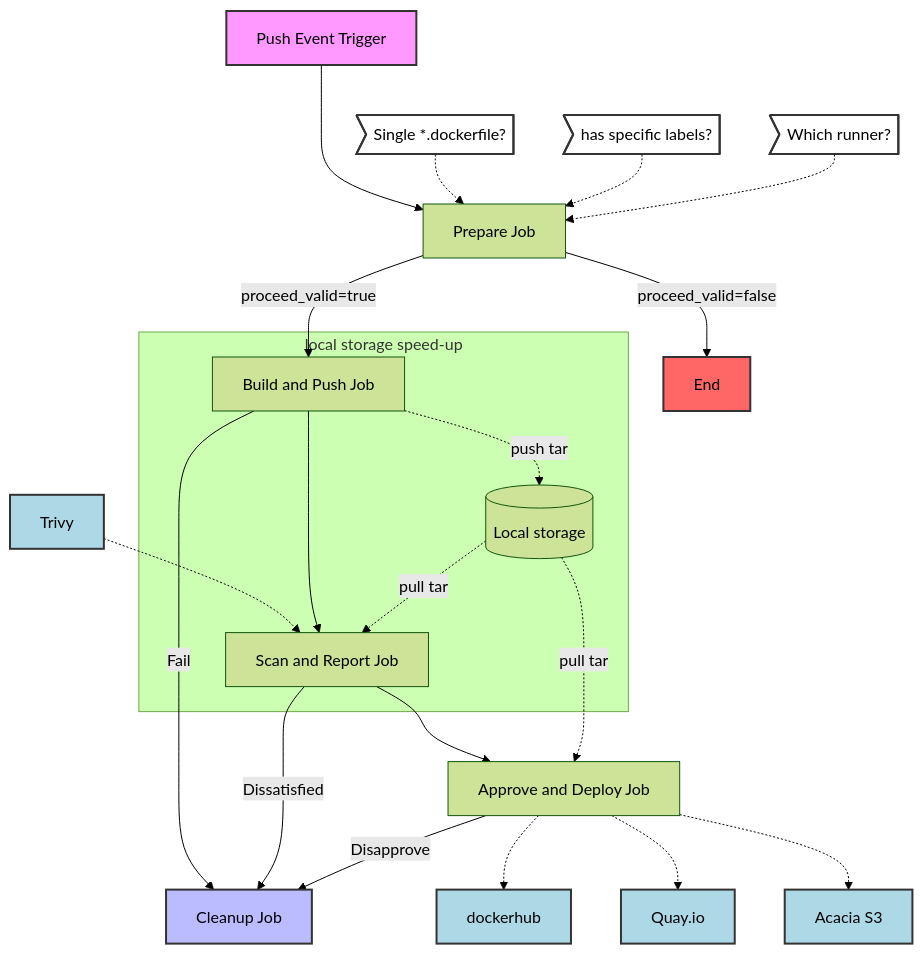
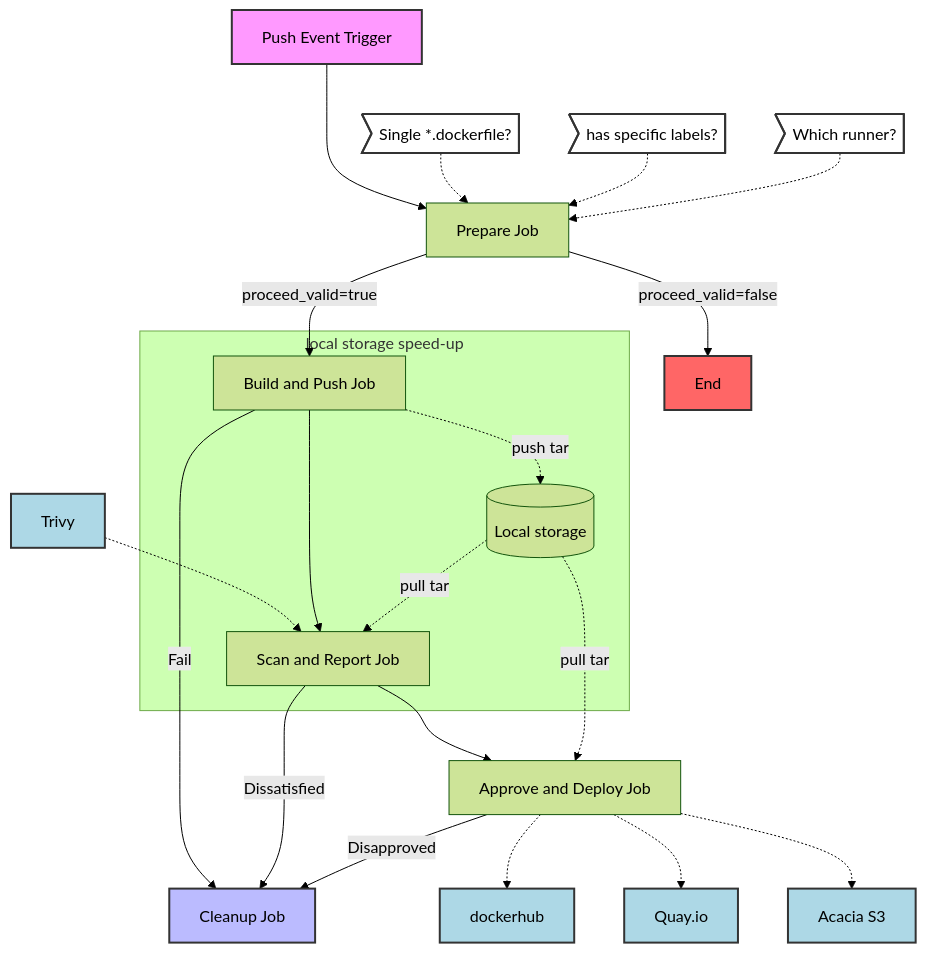
Before and after one commit to Quleaf/TestAction: the first of 2 diagrams in .github/workflows/Readme.md, drawn with Mermaid (forest theme). The commit also changed other lines of this file and 1 other file, not shown here.

````diff
--- a/.github/workflows/Readme.md
+++ b/.github/workflows/Readme.md
@@ -6,45 +8,45 @@
 ```mermaid
 graph TD
     A[Push Event Trigger] ---> B[Prepare Job]
     
     B1>Single *.dockerfile?] -.-> B
     B2>has specific labels? ] -.-> B
     B3>Which runner?] -.-> B
     B -->|proceed_valid=true| C[Build and Push Job]
     B -->|proceed_valid=false| F[End]
     
     C1[Trivy] -.->D[Build and Push Job]
     C --> D[Scan and Report Job]
   
    
     
     D --> E[Approve and Deploy Job]
     C --> |Fail|G
     D --> |Dissatisfied|G  
-    E --> |Disapprove|G[Cleanup Job]
+    E --> |Disapproved|G[Cleanup Job]
 
     C3-.->|pull tar|E
     E -.->H[dockerhub]
     E -.->I[Quay.io]
     E -.->J[Acacia S3]
     
     
   
     subgraph local storage speed-up
         C[Build and Push Job] -.-> |push tar|C3[(Local storage)]
         C3-.->|pull tar|D[Scan and Report Job]
 
     end
     
     %% Styling for clarity
     style A fill:#f9f,stroke:#333,stroke-width:2px
     style F fill:#f66,stroke:#333,stroke-width:2px
     style G fill:#bbf,stroke:#333,stroke-width:2px
     style B1 fill:#fff,stroke:#333,stroke-width:2px
     style B2 fill:#fff,stroke:#333,stroke-width:2px
     style B3 fill:#fff,stroke:#333,stroke-width:2px
     style C1 fill:#add8e6,stroke:#333,stroke-width:2px
     style H fill:#add8e6,stroke:#333,stroke-width:2px
     style I fill:#add8e6,stroke:#333,stroke-width:2px
     style J fill:#add8e6,stroke:#333,stroke-width:2px
 ```
````
